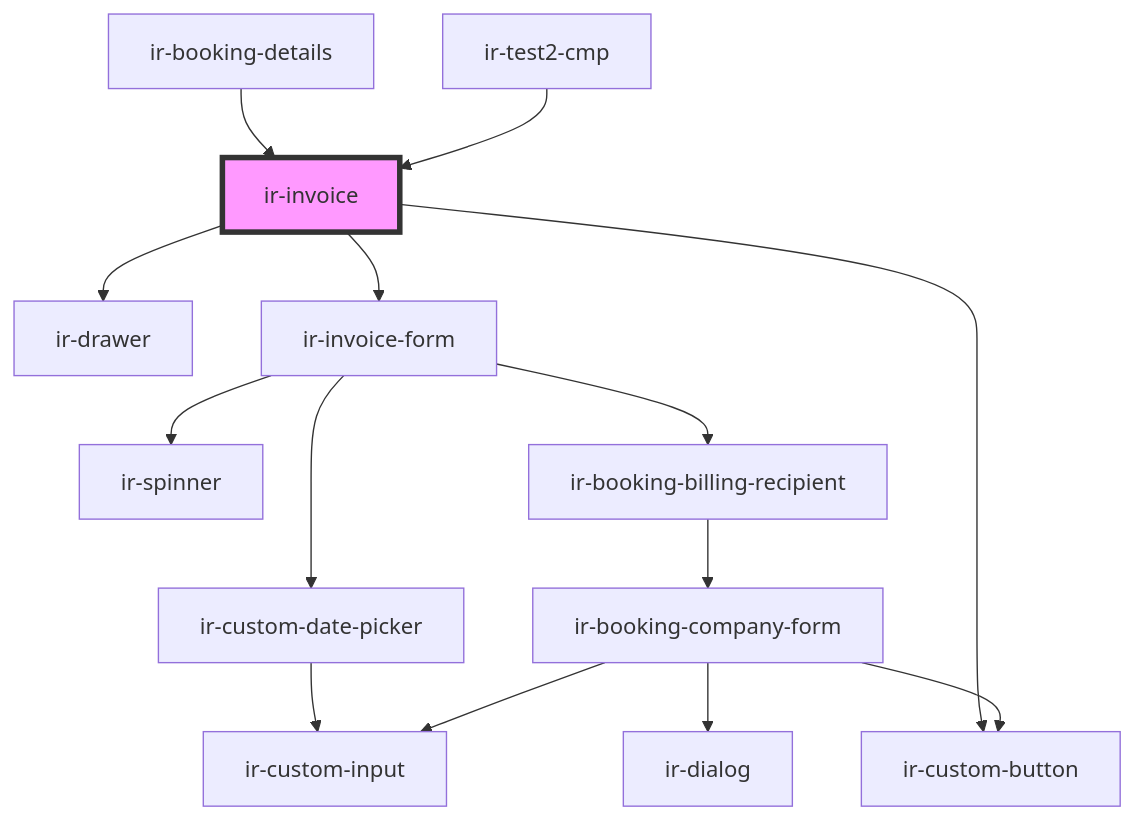
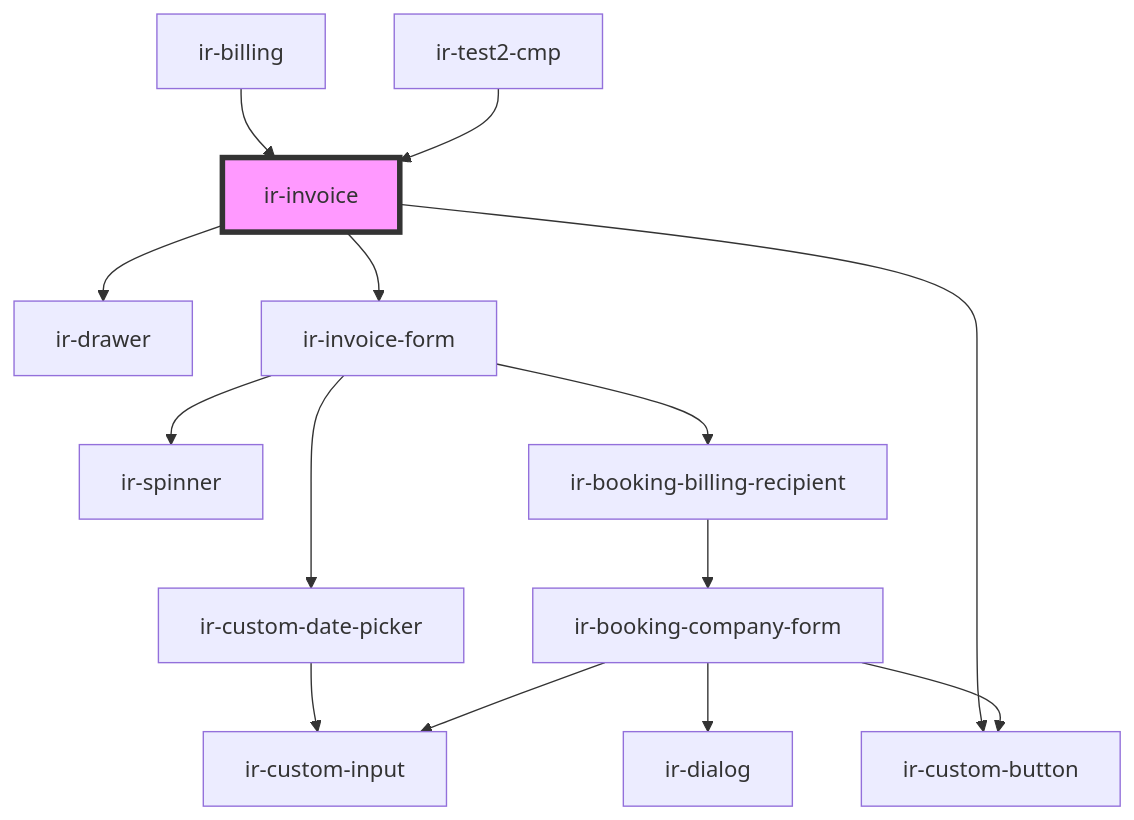
One commit to David1Chowaifaty/modified-ir-webcmp changed the diagram in src/components/ir-invoice/readme.md. Above: the diagram before and after it, drawn with Mermaid. The commit also changed other lines of this file and 26 other files, not shown here.

````diff
--- a/src/components/ir-invoice/readme.md
+++ b/src/components/ir-invoice/readme.md
@@ -76,17 +77,17 @@
 ```mermaid
 graph TD;
   ir-invoice --> ir-drawer
   ir-invoice --> ir-invoice-form
   ir-invoice --> ir-custom-button
   ir-invoice-form --> ir-spinner
   ir-invoice-form --> ir-custom-date-picker
   ir-invoice-form --> ir-booking-billing-recipient
   ir-custom-date-picker --> ir-custom-input
   ir-booking-billing-recipient --> ir-booking-company-form
   ir-booking-company-form --> ir-dialog
   ir-booking-company-form --> ir-custom-input
   ir-booking-company-form --> ir-custom-button
-  ir-booking-details --> ir-invoice
+  ir-billing --> ir-invoice
   ir-test2-cmp --> ir-invoice
   style ir-invoice fill:#f9f,stroke:#333,stroke-width:4px
 ```
````
